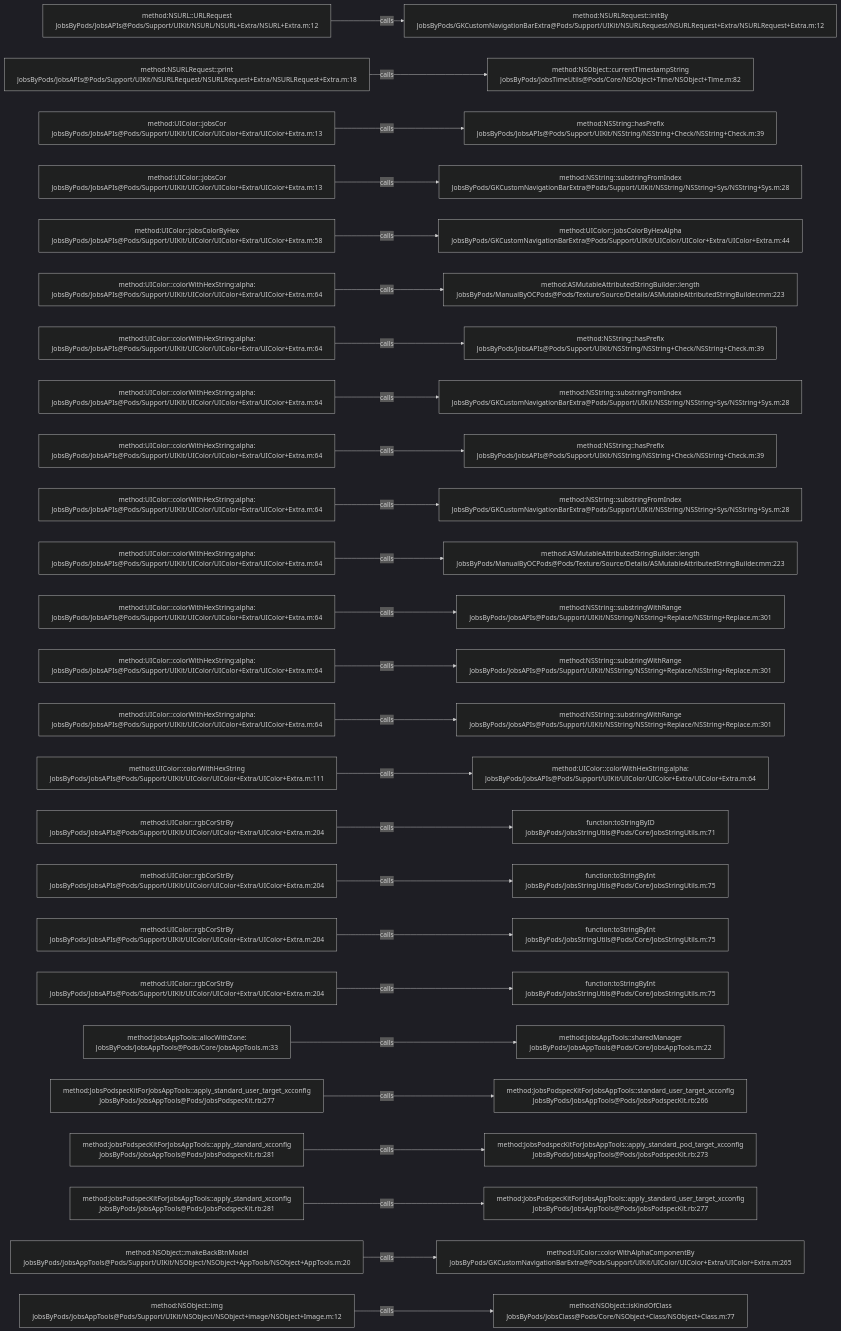
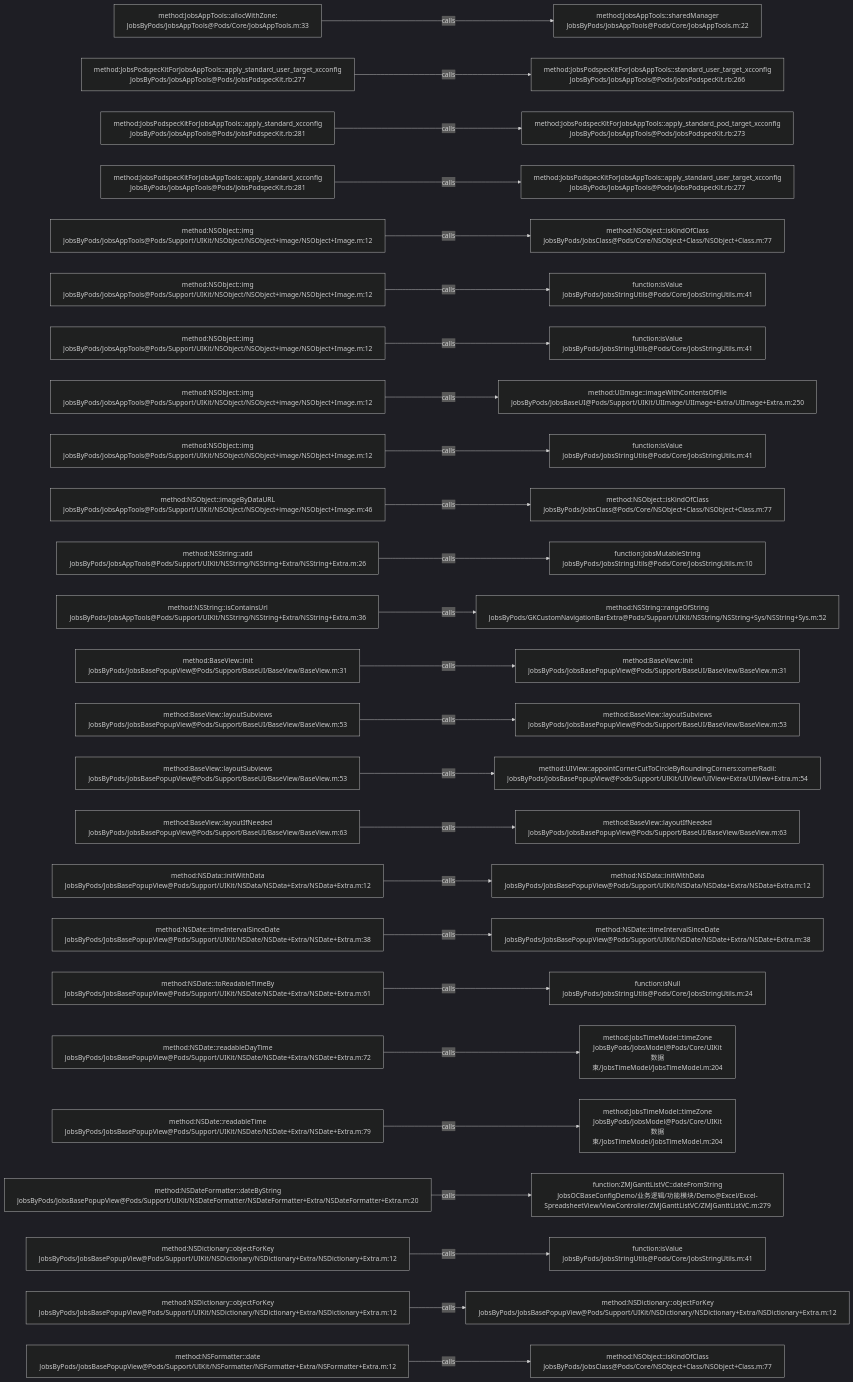
Before and after one commit to JobsKits/JobsOCBaseConfigDemo: the diagram in .codegraph/codegraph.md/graphs/calls-016.md, drawn with Mermaid (dark theme). The commit also changed 639 other files, not shown here.

````diff
--- a/.codegraph/codegraph.md/graphs/calls-016.md
+++ b/.codegraph/codegraph.md/graphs/calls-016.md
@@ -13,78 +13,78 @@
 ```mermaid
 flowchart LR
-  S1["method:NSURL::URLRequest<br/>JobsByPods/JobsAPIs@Pods/Support/UIKit/NSURL/NSURL+Extra/NSURL+Extra.m:12"]
-  T1["method:NSURLRequest::initBy<br/>JobsByPods/GKCustomNavigationBarExtra@Pods/Support/UIKit/NSURLRequest/NSURLRequest+Extra/NSURLRequest+Extra.m:12"]
+  S1["method:JobsAppTools::allocWithZone:<br/>JobsByPods/JobsAppTools@Pods/Core/JobsAppTools.m:33"]
+  T1["method:JobsAppTools::sharedManager<br/>JobsByPods/JobsAppTools@Pods/Core/JobsAppTools.m:22"]
   S1 -->|calls| T1
-  S2["method:NSURLRequest::print<br/>JobsByPods/JobsAPIs@Pods/Support/UIKit/NSURLRequest/NSURLRequest+Extra/NSURLRequest+Extra.m:18"]
-  T2["method:NSObject::currentTimestampString<br/>JobsByPods/JobsTimeUtils@Pods/Core/NSObject+Time/NSObject+Time.m:82"]
+  S2["method:JobsPodspecKitForJobsAppTools::apply_standard_user_target_xcconfig<br/>JobsByPods/JobsAppTools@Pods/JobsPodspecKit.rb:277"]
+  T2["method:JobsPodspecKitForJobsAppTools::standard_user_target_xcconfig<br/>JobsByPods/JobsAppTools@Pods/JobsPodspecKit.rb:266"]
   S2 -->|calls| T2
-  S3["method:UIColor::jobsCor<br/>JobsByPods/JobsAPIs@Pods/Support/UIKit/UIColor/UIColor+Extra/UIColor+Extra.m:13"]
-  T3["method:NSString::hasPrefix<br/>JobsByPods/JobsAPIs@Pods/Support/UIKit/NSString/NSString+Check/NSString+Check.m:39"]
+  S3["method:JobsPodspecKitForJobsAppTools::apply_standard_xcconfig<br/>JobsByPods/JobsAppTools@Pods/JobsPodspecKit.rb:281"]
+  T3["method:JobsPodspecKitForJobsAppTools::apply_standard_pod_target_xcconfig<br/>JobsByPods/JobsAppTools@Pods/JobsPodspecKit.rb:273"]
   S3 -->|calls| T3
-  S4["method:UIColor::jobsCor<br/>JobsByPods/JobsAPIs@Pods/Support/UIKit/UIColor/UIColor+Extra/UIColor+Extra.m:13"]
-  T4["method:NSString::substringFromIndex<br/>JobsByPods/GKCustomNavigationBarExtra@Pods/Support/UIKit/NSString/NSString+Sys/NSString+Sys.m:28"]
+  S4["method:JobsPodspecKitForJobsAppTools::apply_standard_xcconfig<br/>JobsByPods/JobsAppTools@Pods/JobsPodspecKit.rb:281"]
+  T4["method:JobsPodspecKitForJobsAppTools::apply_standard_user_target_xcconfig<br/>JobsByPods/JobsAppTools@Pods/JobsPodspecKit.rb:277"]
   S4 -->|calls| T4
-  S5["method:UIColor::jobsColorByHex<br/>JobsByPods/JobsAPIs@Pods/Support/UIKit/UIColor/UIColor+Extra/UIColor+Extra.m:58"]
-  T5["method:UIColor::jobsColorByHexAlpha<br/>JobsByPods/GKCustomNavigationBarExtra@Pods/Support/UIKit/UIColor/UIColor+Extra/UIColor+Extra.m:44"]
+  S5["method:NSObject::img<br/>JobsByPods/JobsAppTools@Pods/Support/UIKit/NSObject/NSObject+image/NSObject+Image.m:12"]
+  T5["method:NSObject::isKindOfClass<br/>JobsByPods/JobsClass@Pods/Core/NSObject+Class/NSObject+Class.m:77"]
   S5 -->|calls| T5
-  S6["method:UIColor::colorWithHexString:alpha:<br/>JobsByPods/JobsAPIs@Pods/Support/UIKit/UIColor/UIColor+Extra/UIColor+Extra.m:64"]
-  T6["method:ASMutableAttributedStringBuilder::length<br/>JobsByPods/ManualByOCPods@Pods/Texture/Source/Details/ASMutableAttributedStringBuilder.mm:223"]
+  S6["method:NSObject::img<br/>JobsByPods/JobsAppTools@Pods/Support/UIKit/NSObject/NSObject+image/NSObject+Image.m:12"]
+  T6["function:isValue<br/>JobsByPods/JobsStringUtils@Pods/Core/JobsStringUtils.m:41"]
   S6 -->|calls| T6
-  S7["method:UIColor::colorWithHexString:alpha:<br/>JobsByPods/JobsAPIs@Pods/Support/UIKit/UIColor/UIColor+Extra/UIColor+Extra.m:64"]
-  T7["method:NSString::hasPrefix<br/>JobsByPods/JobsAPIs@Pods/Support/UIKit/NSString/NSString+Check/NSString+Check.m:39"]
+  S7["method:NSObject::img<br/>JobsByPods/JobsAppTools@Pods/Support/UIKit/NSObject/NSObject+image/NSObject+Image.m:12"]
+  T7["function:isValue<br/>JobsByPods/JobsStringUtils@Pods/Core/JobsStringUtils.m:41"]
   S7 -->|calls| T7
-  S8["method:UIColor::colorWithHexString:alpha:<br/>JobsByPods/JobsAPIs@Pods/Support/UIKit/UIColor/UIColor+Extra/UIColor+Extra.m:64"]
-  T8["method:NSString::substringFromIndex<br/>JobsByPods/GKCustomNavigationBarExtra@Pods/Support/UIKit/NSString/NSString+Sys/NSString+Sys.m:28"]
+  S8["method:NSObject::img<br/>JobsByPods/JobsAppTools@Pods/Support/UIKit/NSObject/NSObject+image/NSObject+Image.m:12"]
+  T8["method:UIImage::imageWithContentsOfFile<br/>JobsByPods/JobsBaseUI@Pods/Support/UIKit/UIImage/UIImage+Extra/UIImage+Extra.m:250"]
   S8 -->|calls| T8
-  S9["method:UIColor::colorWithHexString:alpha:<br/>JobsByPods/JobsAPIs@Pods/Support/UIKit/UIColor/UIColor+Extra/UIColor+Extra.m:64"]
-  T9["method:NSString::hasPrefix<br/>JobsByPods/JobsAPIs@Pods/Support/UIKit/NSString/NSString+Check/NSString+Check.m:39"]
+  S9["method:NSObject::img<br/>JobsByPods/JobsAppTools@Pods/Support/UIKit/NSObject/NSObject+image/NSObject+Image.m:12"]
+  T9["function:isValue<br/>JobsByPods/JobsStringUtils@Pods/Core/JobsStringUtils.m:41"]
   S9 -->|calls| T9
-  S10["method:UIColor::colorWithHexString:alpha:<br/>JobsByPods/JobsAPIs@Pods/Support/UIKit/UIColor/UIColor+Extra/UIColor+Extra.m:64"]
-  T10["method:NSString::substringFromIndex<br/>JobsByPods/GKCustomNavigationBarExtra@Pods/Support/UIKit/NSString/NSString+Sys/NSString+Sys.m:28"]
+  S10["method:NSObject::imageByDataURL<br/>JobsByPods/JobsAppTools@Pods/Support/UIKit/NSObject/NSObject+image/NSObject+Image.m:46"]
+  T10["method:NSObject::isKindOfClass<br/>JobsByPods/JobsClass@Pods/Core/NSObject+Class/NSObject+Class.m:77"]
   S10 -->|calls| T10
-  S11["method:UIColor::colorWithHexString:alpha:<br/>JobsByPods/JobsAPIs@Pods/Support/UIKit/UIColor/UIColor+Extra/UIColor+Extra.m:64"]
-  T11["method:ASMutableAttributedStringBuilder::length<br/>JobsByPods/ManualByOCPods@Pods/Texture/Source/Details/ASMutableAttributedStringBuilder.mm:223"]
+  S11["method:NSString::add<br/>JobsByPods/JobsAppTools@Pods/Support/UIKit/NSString/NSString+Extra/NSString+Extra.m:26"]
+  T11["function:JobsMutableString<br/>JobsByPods/JobsStringUtils@Pods/Core/JobsStringUtils.m:10"]
   S11 -->|calls| T11
-  S12["method:UIColor::colorWithHexString:alpha:<br/>JobsByPods/JobsAPIs@Pods/Support/UIKit/UIColor/UIColor+Extra/UIColor+Extra.m:64"]
-  T12["method:NSString::substringWithRange<br/>JobsByPods/JobsAPIs@Pods/Support/UIKit/NSString/NSString+Replace/NSString+Replace.m:301"]
+  S12["method:NSString::isContainsUrl<br/>JobsByPods/JobsAppTools@Pods/Support/UIKit/NSString/NSString+Extra/NSString+Extra.m:36"]
+  T12["method:NSString::rangeOfString<br/>JobsByPods/GKCustomNavigationBarExtra@Pods/Support/UIKit/NSString/NSString+Sys/NSString+Sys.m:52"]
   S12 -->|calls| T12
-  S13["method:UIColor::colorWithHexString:alpha:<br/>JobsByPods/JobsAPIs@Pods/Support/UIKit/UIColor/UIColor+Extra/UIColor+Extra.m:64"]
-  T13["method:NSString::substringWithRange<br/>JobsByPods/JobsAPIs@Pods/Support/UIKit/NSString/NSString+Replace/NSString+Replace.m:301"]
+  S13["method:BaseView::init<br/>JobsByPods/JobsBasePopupView@Pods/Support/BaseUI/BaseView/BaseView.m:31"]
+  T13["method:BaseView::init<br/>JobsByPods/JobsBasePopupView@Pods/Support/BaseUI/BaseView/BaseView.m:31"]
   S13 -->|calls| T13
-  S14["method:UIColor::colorWithHexString:alpha:<br/>JobsByPods/JobsAPIs@Pods/Support/UIKit/UIColor/UIColor+Extra/UIColor+Extra.m:64"]
-  T14["method:NSString::substringWithRange<br/>JobsByPods/JobsAPIs@Pods/Support/UIKit/NSString/NSString+Replace/NSString+Replace.m:301"]
+  S14["method:BaseView::layoutSubviews<br/>JobsByPods/JobsBasePopupView@Pods/Support/BaseUI/BaseView/BaseView.m:53"]
+  T14["method:BaseView::layoutSubviews<br/>JobsByPods/JobsBasePopupView@Pods/Support/BaseUI/BaseView/BaseView.m:53"]
   S14 -->|calls| T14
-  S15["method:UIColor::colorWithHexString<br/>JobsByPods/JobsAPIs@Pods/Support/UIKit/UIColor/UIColor+Extra/UIColor+Extra.m:111"]
-  T15["method:UIColor::colorWithHexString:alpha:<br/>JobsByPods/JobsAPIs@Pods/Support/UIKit/UIColor/UIColor+Extra/UIColor+Extra.m:64"]
+  S15["method:BaseView::layoutSubviews<br/>JobsByPods/JobsBasePopupView@Pods/Support/BaseUI/BaseView/BaseView.m:53"]
+  T15["method:UIView::appointCornerCutToCircleByRoundingCorners:cornerRadii:<br/>JobsByPods/JobsBasePopupView@Pods/Support/UIKit/UIView/UIView+Extra/UIView+Extra.m:54"]
   S15 -->|calls| T15
-  S16["method:UIColor::rgbCorStrBy<br/>JobsByPods/JobsAPIs@Pods/Support/UIKit/UIColor/UIColor+Extra/UIColor+Extra.m:204"]
-  T16["function:toStringByID<br/>JobsByPods/JobsStringUtils@Pods/Core/JobsStringUtils.m:71"]
+  S16["method:BaseView::layoutIfNeeded<br/>JobsByPods/JobsBasePopupView@Pods/Support/BaseUI/BaseView/BaseView.m:63"]
+  T16["method:BaseView::layoutIfNeeded<br/>JobsByPods/JobsBasePopupView@Pods/Support/BaseUI/BaseView/BaseView.m:63"]
   S16 -->|calls| T16
-  S17["method:UIColor::rgbCorStrBy<br/>JobsByPods/JobsAPIs@Pods/Support/UIKit/UIColor/UIColor+Extra/UIColor+Extra.m:204"]
-  T17["function:toStringByInt<br/>JobsByPods/JobsStringUtils@Pods/Core/JobsStringUtils.m:75"]
+  S17["method:NSData::initWithData<br/>JobsByPods/JobsBasePopupView@Pods/Support/UIKit/NSData/NSData+Extra/NSData+Extra.m:12"]
+  T17["method:NSData::initWithData<br/>JobsByPods/JobsBasePopupView@Pods/Support/UIKit/NSData/NSData+Extra/NSData+Extra.m:12"]
   S17 -->|calls| T17
-  S18["method:UIColor::rgbCorStrBy<br/>JobsByPods/JobsAPIs@Pods/Support/UIKit/UIColor/UIColor+Extra/UIColor+Extra.m:204"]
-  T18["function:toStringByInt<br/>JobsByPods/JobsStringUtils@Pods/Core/JobsStringUtils.m:75"]
+  S18["method:NSDate::timeIntervalSinceDate<br/>JobsByPods/JobsBasePopupView@Pods/Support/UIKit/NSDate/NSDate+Extra/NSDate+Extra.m:38"]
+  T18["method:NSDate::timeIntervalSinceDate<br/>JobsByPods/JobsBasePopupView@Pods/Support/UIKit/NSDate/NSDate+Extra/NSDate+Extra.m:38"]
   S18 -->|calls| T18
-  S19["method:UIColor::rgbCorStrBy<br/>JobsByPods/JobsAPIs@Pods/Support/UIKit/UIColor/UIColor+Extra/UIColor+Extra.m:204"]
-  T19["function:toStringByInt<br/>JobsByPods/JobsStringUtils@Pods/Core/JobsStringUtils.m:75"]
+  S19["method:NSDate::toReadableTimeBy<br/>JobsByPods/JobsBasePopupView@Pods/Support/UIKit/NSDate/NSDate+Extra/NSDate+Extra.m:61"]
+  T19["function:isNull<br/>JobsByPods/JobsStringUtils@Pods/Core/JobsStringUtils.m:24"]
   S19 -->|calls| T19
-  S20["method:JobsAppTools::allocWithZone:<br/>JobsByPods/JobsAppTools@Pods/Core/JobsAppTools.m:33"]
-  T20["method:JobsAppTools::sharedManager<br/>JobsByPods/JobsAppTools@Pods/Core/JobsAppTools.m:22"]
+  S20["method:NSDate::readableDayTime<br/>JobsByPods/JobsBasePopupView@Pods/Support/UIKit/NSDate/NSDate+Extra/NSDate+Extra.m:72"]
+  T20["method:JobsTimeModel::timeZone<br/>JobsByPods/JobsModel@Pods/Core/UIKit数据束/JobsTimeModel/JobsTimeModel.m:204"]
   S20 -->|calls| T20
-  S21["method:JobsPodspecKitForJobsAppTools::apply_standard_user_target_xcconfig<br/>JobsByPods/JobsAppTools@Pods/JobsPodspecKit.rb:277"]
-  T21["method:JobsPodspecKitForJobsAppTools::standard_user_target_xcconfig<br/>JobsByPods/JobsAppTools@Pods/JobsPodspecKit.rb:266"]
+  S21["method:NSDate::readableTime<br/>JobsByPods/JobsBasePopupView@Pods/Support/UIKit/NSDate/NSDate+Extra/NSDate+Extra.m:79"]
+  T21["method:JobsTimeModel::timeZone<br/>JobsByPods/JobsModel@Pods/Core/UIKit数据束/JobsTimeModel/JobsTimeModel.m:204"]
   S21 -->|calls| T21
-  S22["method:JobsPodspecKitForJobsAppTools::apply_standard_xcconfig<br/>JobsByPods/JobsAppTools@Pods/JobsPodspecKit.rb:281"]
-  T22["method:JobsPodspecKitForJobsAppTools::apply_standard_pod_target_xcconfig<br/>JobsByPods/JobsAppTools@Pods/JobsPodspecKit.rb:273"]
+  S22["method:NSDateFormatter::dateByString<br/>JobsByPods/JobsBasePopupView@Pods/Support/UIKit/NSDateFormatter/NSDateFormatter+Extra/NSDateFormatter+Extra.m:20"]
+  T22["function:ZMJGanttListVC::dateFromString<br/>JobsOCBaseConfigDemo/业务逻辑/功能模块/Demo@Excel/Excel-SpreadsheetView/ViewController/ZMJGanttListVC/ZMJGanttListVC.m:279"]
   S22 -->|calls| T22
-  S23["method:JobsPodspecKitForJobsAppTools::apply_standard_xcconfig<br/>JobsByPods/JobsAppTools@Pods/JobsPodspecKit.rb:281"]
-  T23["method:JobsPodspecKitForJobsAppTools::apply_standard_user_target_xcconfig<br/>JobsByPods/JobsAppTools@Pods/JobsPodspecKit.rb:277"]
+  S23["method:NSDictionary::objectForKey<br/>JobsByPods/JobsBasePopupView@Pods/Support/UIKit/NSDictionary/NSDictionary+Extra/NSDictionary+Extra.m:12"]
+  T23["function:isValue<br/>JobsByPods/JobsStringUtils@Pods/Core/JobsStringUtils.m:41"]
   S23 -->|calls| T23
-  S24["method:NSObject::makeBackBtnModel<br/>JobsByPods/JobsAppTools@Pods/Support/UIKit/NSObject/NSObject+AppTools/NSObject+AppTools.m:20"]
-  T24["method:UIColor::colorWithAlphaComponentBy<br/>JobsByPods/GKCustomNavigationBarExtra@Pods/Support/UIKit/UIColor/UIColor+Extra/UIColor+Extra.m:265"]
+  S24["method:NSDictionary::objectForKey<br/>JobsByPods/JobsBasePopupView@Pods/Support/UIKit/NSDictionary/NSDictionary+Extra/NSDictionary+Extra.m:12"]
+  T24["method:NSDictionary::objectForKey<br/>JobsByPods/JobsBasePopupView@Pods/Support/UIKit/NSDictionary/NSDictionary+Extra/NSDictionary+Extra.m:12"]
   S24 -->|calls| T24
-  S25["method:NSObject::img<br/>JobsByPods/JobsAppTools@Pods/Support/UIKit/NSObject/NSObject+image/NSObject+Image.m:12"]
+  S25["method:NSFormatter::date<br/>JobsByPods/JobsBasePopupView@Pods/Support/UIKit/NSFormatter/NSFormatter+Extra/NSFormatter+Extra.m:12"]
   T25["method:NSObject::isKindOfClass<br/>JobsByPods/JobsClass@Pods/Core/NSObject+Class/NSObject+Class.m:77"]
   S25 -->|calls| T25
 ```
````
